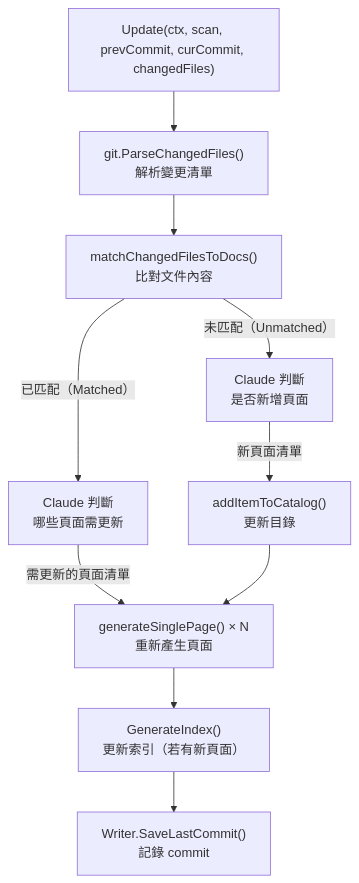
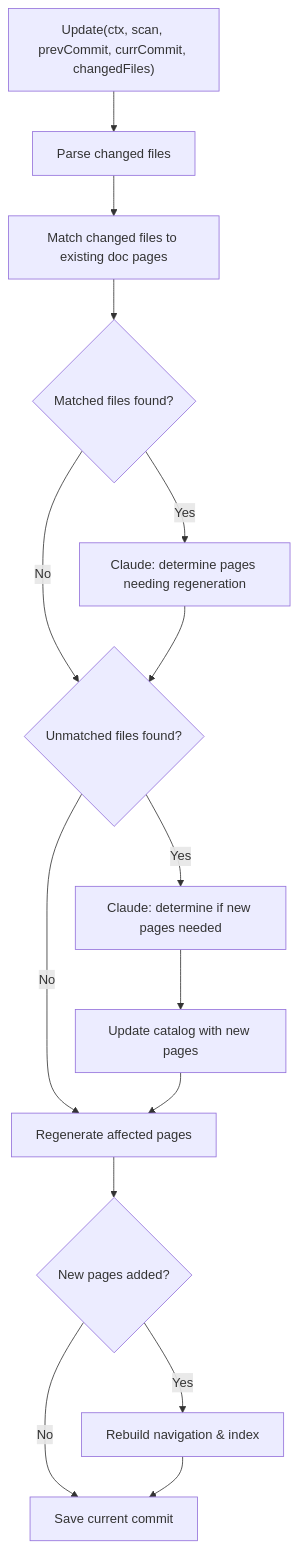
Before and after one commit to monkenWu/selfmd-claude-code: the third of 4 diagrams in docs/architecture/pipeline/index.md, drawn with Mermaid. The commit also changed other lines of this file and 145 other files, not shown here.

````diff
--- a/docs/architecture/pipeline/index.md
+++ b/docs/architecture/pipeline/index.md
@@ -358,15 +320,17 @@
 ```mermaid
 flowchart TD
-    Start["Update(ctx, scan, prevCommit, curCommit, changedFiles)"] --> Parse["git.ParseChangedFiles()\n解析變更清單"]
-    Parse --> Match["matchChangedFilesToDocs()\n比對文件內容"]
-
-    Match -->|"已匹配（Matched）"| Determine["Claude 判斷\n哪些頁面需更新"]
-    Match -->|"未匹配（Unmatched）"| NewPage["Claude 判斷\n是否新增頁面"]
-
-    Determine -->|"需更新的頁面清單"| Regen
-    NewPage -->|"新頁面清單"| AddCatalog["addItemToCatalog()\n更新目錄"]
-    AddCatalog --> Regen["generateSinglePage() × N\n重新產生頁面"]
-
-    Regen --> IndexUpdate["GenerateIndex()\n更新索引（若有新頁面）"]
-    IndexUpdate --> SaveCommit["Writer.SaveLastCommit()\n記錄 commit"]
+    START["Update(ctx, scan, prevCommit, currCommit, changedFiles)"] --> PARSE["Parse changed files"]
+    PARSE --> MATCH["Match changed files to existing doc pages"]
+    MATCH --> MATCHED_Q{"Matched files found?"}
+    MATCHED_Q -->|Yes| ASK_REGEN["Claude: determine pages needing regeneration"]
+    MATCHED_Q -->|No| UNMATCHED_Q
+    ASK_REGEN --> UNMATCHED_Q{"Unmatched files found?"}
+    UNMATCHED_Q -->|Yes| ASK_NEW["Claude: determine if new pages needed"]
+    UNMATCHED_Q -->|No| REGEN
+    ASK_NEW --> UPDATE_CAT["Update catalog with new pages"]
+    UPDATE_CAT --> REGEN["Regenerate affected pages"]
+    REGEN --> NEW_NAV{"New pages added?"}
+    NEW_NAV -->|Yes| REBUILD_NAV["Rebuild navigation & index"]
+    NEW_NAV -->|No| SAVE_COMMIT["Save current commit"]
+    REBUILD_NAV --> SAVE_COMMIT
 ```
````
